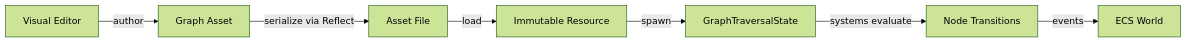
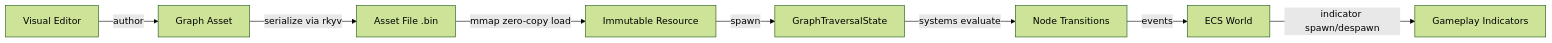
The second of 3 diagrams in docs/design/data-systems/directed-graphs.md (harmonius-dev/harmonius), drawn with Mermaid (forest theme) before and after one commit. The commit also changed other lines of this file and 174 other files, not shown here.

````diff
--- a/docs/design/data-systems/directed-graphs.md
+++ b/docs/design/data-systems/directed-graphs.md
@@ -467,9 +644,10 @@
 ```mermaid
 flowchart LR
     A[Visual Editor] -->|author| B[Graph Asset]
-    B -->|serialize via Reflect| C[Asset File]
-    C -->|load| D[Immutable Resource]
+    B -->|serialize via rkyv| C[Asset File .bin]
+    C -->|mmap zero-copy load| D[Immutable Resource]
     D -->|spawn| E[GraphTraversalState]
     E -->|systems evaluate| F[Node Transitions]
     F -->|events| G[ECS World]
+    G -->|indicator spawn/despawn| H[Gameplay Indicators]
 ```
````
